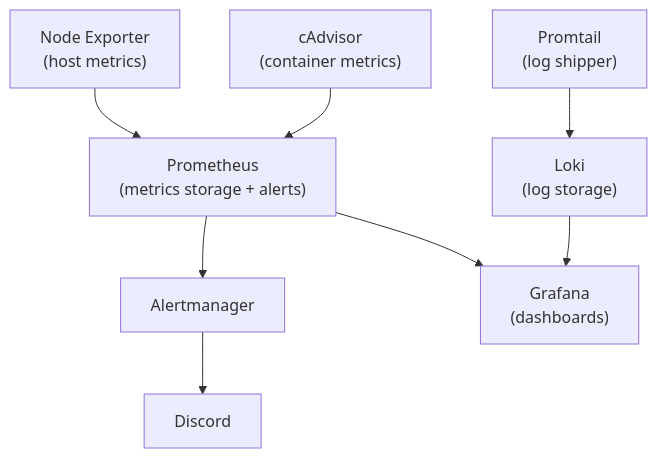
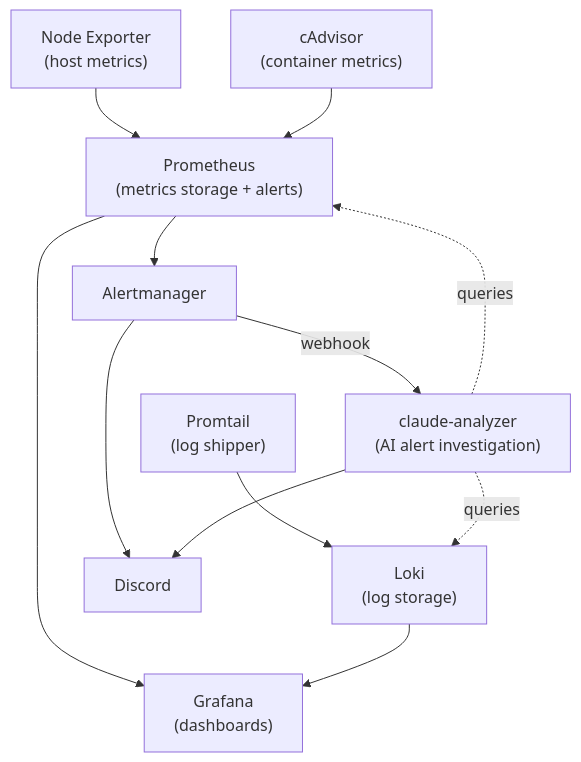
Before and after one commit to denesbeck/home-lab-monitoring: the diagram in README.md, drawn with Mermaid. The commit also changed other lines of this file and 13 other files, not shown here.

````diff
--- a/README.md
+++ b/README.md
@@ -9,14 +9,18 @@
 ```mermaid
 flowchart TD
     NE["Node Exporter<br/>(host metrics)"] --> PROM
     CAD["cAdvisor<br/>(container metrics)"] --> PROM
     PT["Promtail<br/>(log shipper)"] --> LOKI
 
     PROM["Prometheus<br/>(metrics storage + alerts)"]
     LOKI["Loki<br/>(log storage)"]
 
     PROM --> AM["Alertmanager"]
     AM --> DISCORD["Discord"]
+    AM -->|webhook| ANALYZER["claude-analyzer<br/>(AI alert investigation)"]
+    ANALYZER --> DISCORD
+    ANALYZER -.queries.-> PROM
+    ANALYZER -.queries.-> LOKI
     PROM --> GRAF["Grafana<br/>(dashboards)"]
     LOKI --> GRAF
 ```
````
